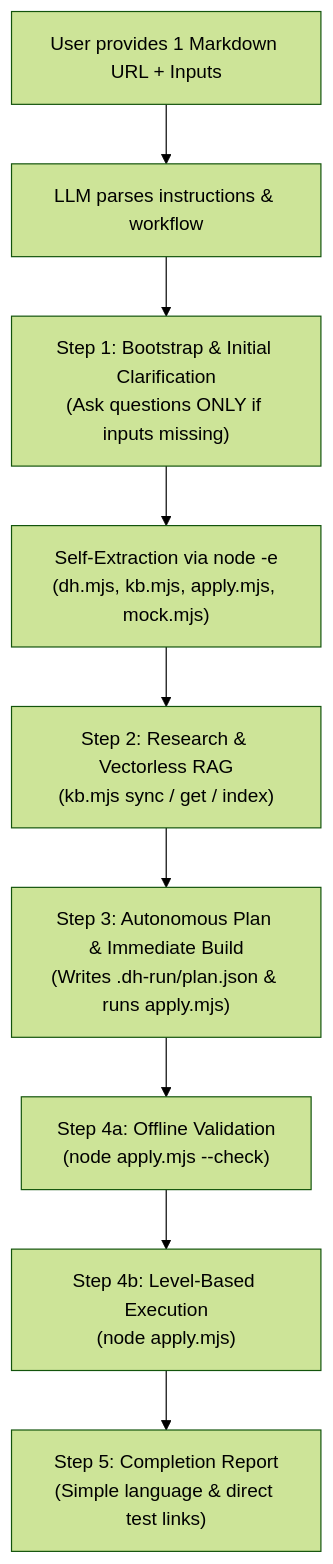
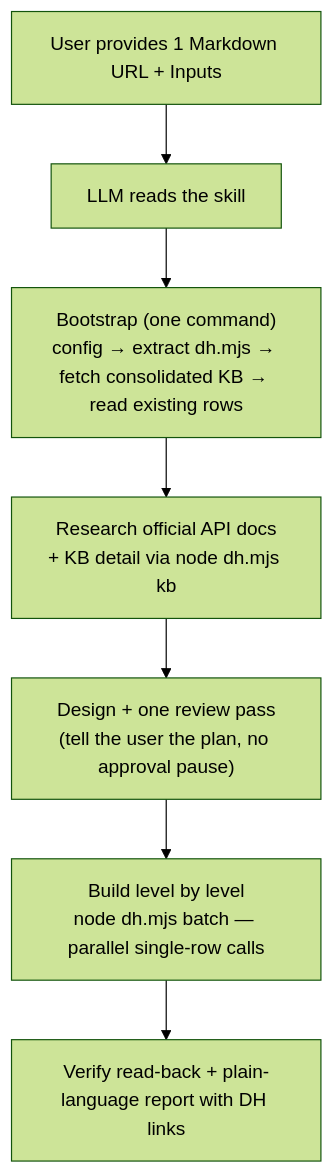
Before and after one commit to RoystonSanctis/dh-planner-viasocket: the diagram in skills/skill-architecture.md, drawn with Mermaid (forest theme). The commit also changed other lines of this file and 3 other files, not shown here.

First line of the commit message:
refactor(skills): minimal single-tool skills (dh.mjs only)

````diff
--- a/skills/skill-architecture.md
+++ b/skills/skill-architecture.md
@@ -98,11 +98,9 @@
 ```mermaid
 flowchart TD
-    User["User provides 1 Markdown URL + Inputs"] --> LLM["LLM parses instructions & workflow"]
-    LLM --> Step1["Step 1: Bootstrap & Initial Clarification\n(Ask questions ONLY if inputs missing)"]
-    Step1 --> Extract["Self-Extraction via node -e\n(dh.mjs, kb.mjs, apply.mjs, mock.mjs)"]
-    Extract --> Step2["Step 2: Research & Vectorless RAG\n(kb.mjs sync / get / index)"]
-    Step2 --> Step3["Step 3: Autonomous Plan & Immediate Build\n(Writes .dh-run/plan.json & runs apply.mjs)"]
-    Step3 --> Step4Check["Step 4a: Offline Validation\n(node apply.mjs --check)"]
-    Step4Check --> Step4Apply["Step 4b: Level-Based Execution\n(node apply.mjs)"]
-    Step4Apply --> Step5["Step 5: Completion Report\n(Simple language & direct test links)"]
+    User["User provides 1 Markdown URL + Inputs"] --> LLM["LLM reads the skill"]
+    LLM --> Boot["Bootstrap (one command)\nconfig → extract dh.mjs → fetch consolidated KB → read existing rows"]
+    Boot --> Research["Research official API docs\n+ KB detail via node dh.mjs kb"]
+    Research --> Design["Design + one review pass\n(tell the user the plan, no approval pause)"]
+    Design --> Build["Build level by level\nnode dh.mjs batch — parallel single-row calls"]
+    Build --> Report["Verify read-back + plain-language report with DH links"]
 ```
````
